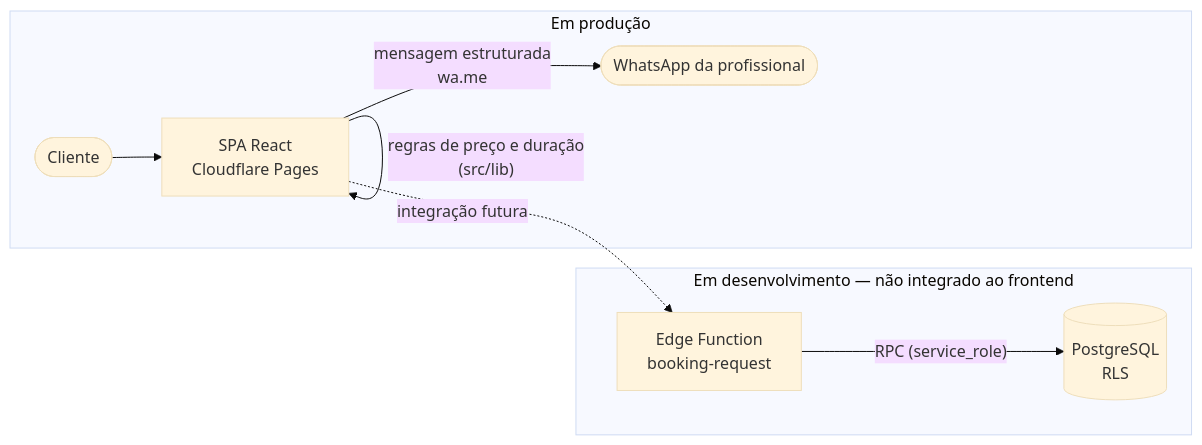
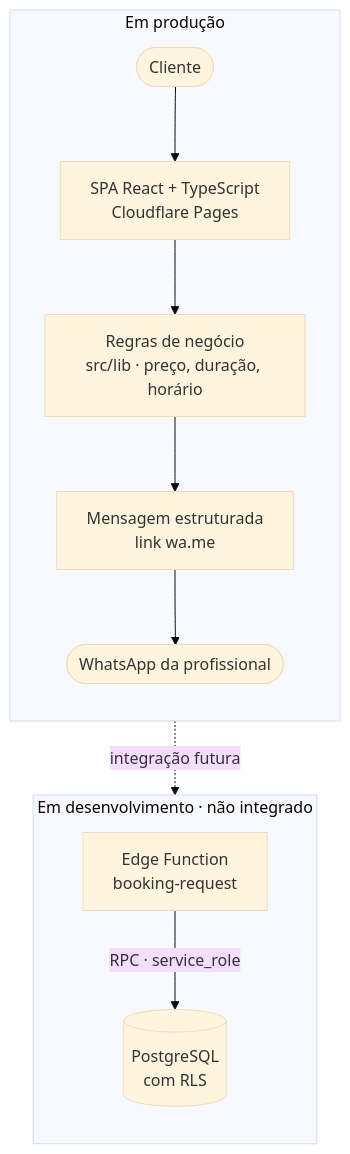
The diagram in README.md (Terezafigueiredo/BeautyOS-Portfolio), drawn with Mermaid (base theme) before and after one commit. The commit also changed other lines of this file and 2 other files, not shown here.

Commit message:
docs: final portfolio review before publication
- Rework the architecture Mermaid diagram top-to-bottom for narrow screens
- Correct README: testimonials section is not displayed yet
- Clarify portfolio scope, alt-text note and image tooling
- Remove an unnecessary client age from one image alt text
- Remove unused Vite template icon sprite (public/icons.svg)

````diff
--- a/README.md
+++ b/README.md
@@ -181,14 +181,17 @@
 ```mermaid
-flowchart LR
+flowchart TB
     subgraph Hoje["Em produção"]
-        C([Cliente]) --> SPA["SPA React<br/>Cloudflare Pages"]
-        SPA -->|"regras de preço e duração<br/>(src/lib)"| SPA
-        SPA -->|"mensagem estruturada<br/>wa.me"| W([WhatsApp da profissional])
+        direction TB
+        C([Cliente]) --> SPA["SPA React + TypeScript<br/>Cloudflare Pages"]
+        SPA --> R["Regras de negócio<br/>src/lib · preço, duração, horário"]
+        R --> M["Mensagem estruturada<br/>link wa.me"]
+        M --> W([WhatsApp da profissional])
     end
 
-    subgraph Futuro["Em desenvolvimento — não integrado ao frontend"]
-        EF["Edge Function<br/>booking-request"] -->|"RPC (service_role)"| DB[("PostgreSQL<br/>RLS")]
+    subgraph Futuro["Em desenvolvimento · não integrado"]
+        direction TB
+        EF["Edge Function<br/>booking-request"] -->|"RPC · service_role"| DB[("PostgreSQL<br/>com RLS")]
     end
 
     SPA -. "integração futura" .-> EF
 ```
````
